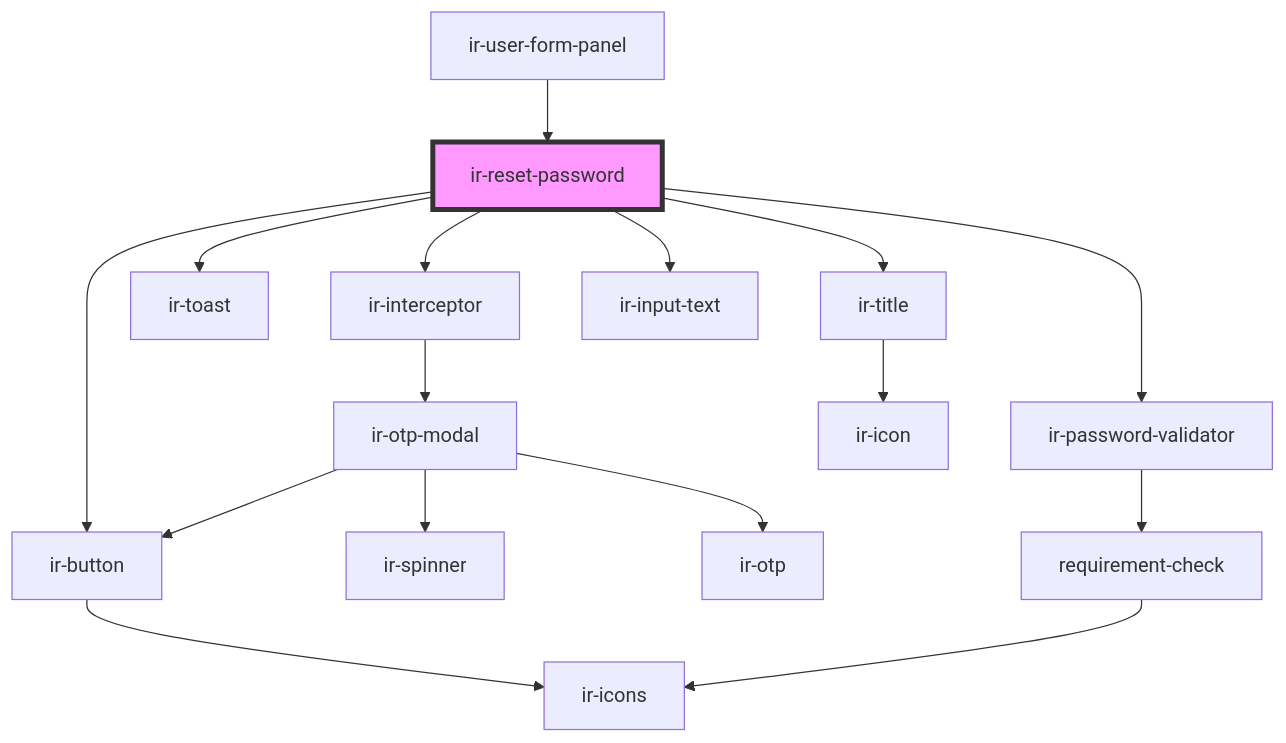
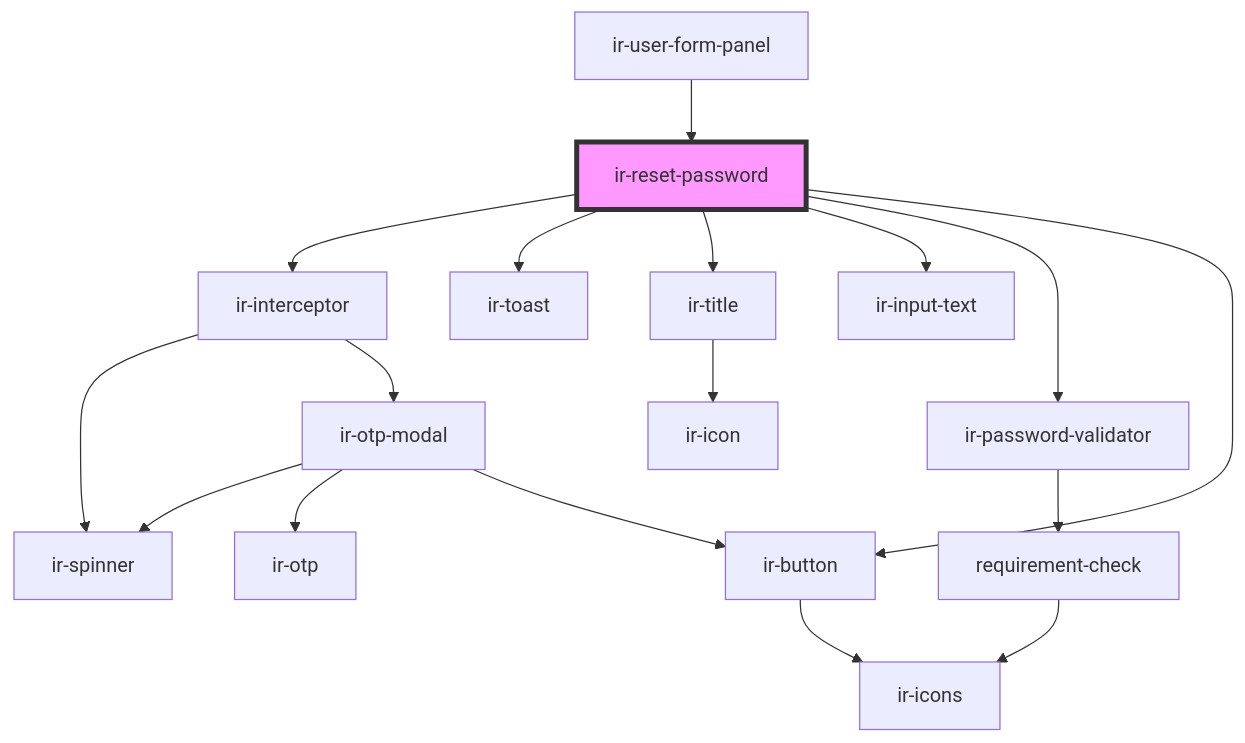
One commit to David1Chowaifaty/modified-ir-webcmp changed the diagram in src/components/ir-reset-password/readme.md. Above: the diagram before and after it, drawn with Mermaid. The commit also changed 69 other files, not shown here.

````diff
--- a/src/components/ir-reset-password/readme.md
+++ b/src/components/ir-reset-password/readme.md
@@ -42,19 +42,20 @@
 ```mermaid
 graph TD;
   ir-reset-password --> ir-interceptor
   ir-reset-password --> ir-toast
   ir-reset-password --> ir-title
   ir-reset-password --> ir-input-text
   ir-reset-password --> ir-password-validator
   ir-reset-password --> ir-button
+  ir-interceptor --> ir-spinner
   ir-interceptor --> ir-otp-modal
   ir-otp-modal --> ir-spinner
   ir-otp-modal --> ir-otp
   ir-otp-modal --> ir-button
   ir-button --> ir-icons
   ir-title --> ir-icon
   ir-password-validator --> requirement-check
   requirement-check --> ir-icons
   ir-user-form-panel --> ir-reset-password
   style ir-reset-password fill:#f9f,stroke:#333,stroke-width:4px
 ```
````
